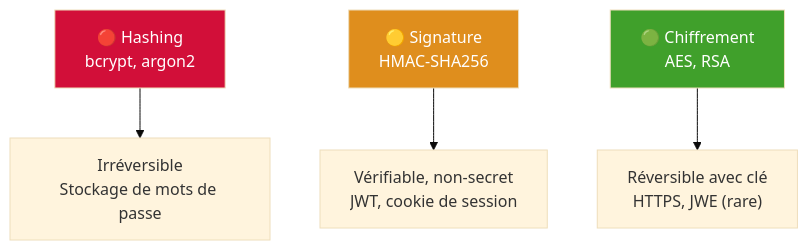
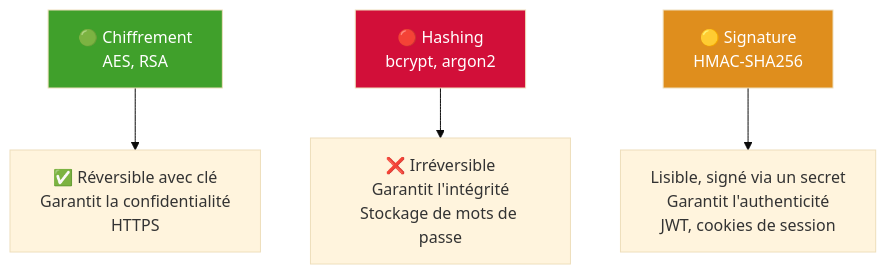
One commit to alxqtn/cours changed the fourth of 4 diagrams in presenterm/authentication.md. Above: the diagram before and after it, drawn with Mermaid (base theme). The commit also changed other lines of this file and 2 other files, not shown here.

````diff
--- a/presenterm/authentication.md
+++ b/presenterm/authentication.md
@@ -710,14 +736,14 @@
 ```mermaid +render
 flowchart TD
+    E["🟢 Chiffrement\nAES, RSA"]
     H["🔴 Hashing\nbcrypt, argon2"]
     S["🟡 Signature\nHMAC-SHA256"]
-    E["🟢 Chiffrement\nAES, RSA"]
 
-    H --> H1["Irréversible\nStockage de mots de passe"]
-    S --> S1["Vérifiable, non-secret\nJWT, cookie de session"]
-    E --> E1["Réversible avec clé\nHTTPS, JWE (rare)"]
+    E --> E1["✅ Réversible avec clé\nGarantit la confidentialité\nHTTPS"]
+    H --> H1["❌ Irréversible\nGarantit l'intégrité\nStockage de mots de passe"]
+    S --> S1["Lisible, signé via un secret\nGarantit l'authenticité\nJWT, cookies de session"]
 
+    style E fill:#40a02b,color:#fff
     style H fill:#d20f39,color:#fff
     style S fill:#df8e1d,color:#fff
-    style E fill:#40a02b,color:#fff
 ```
````
